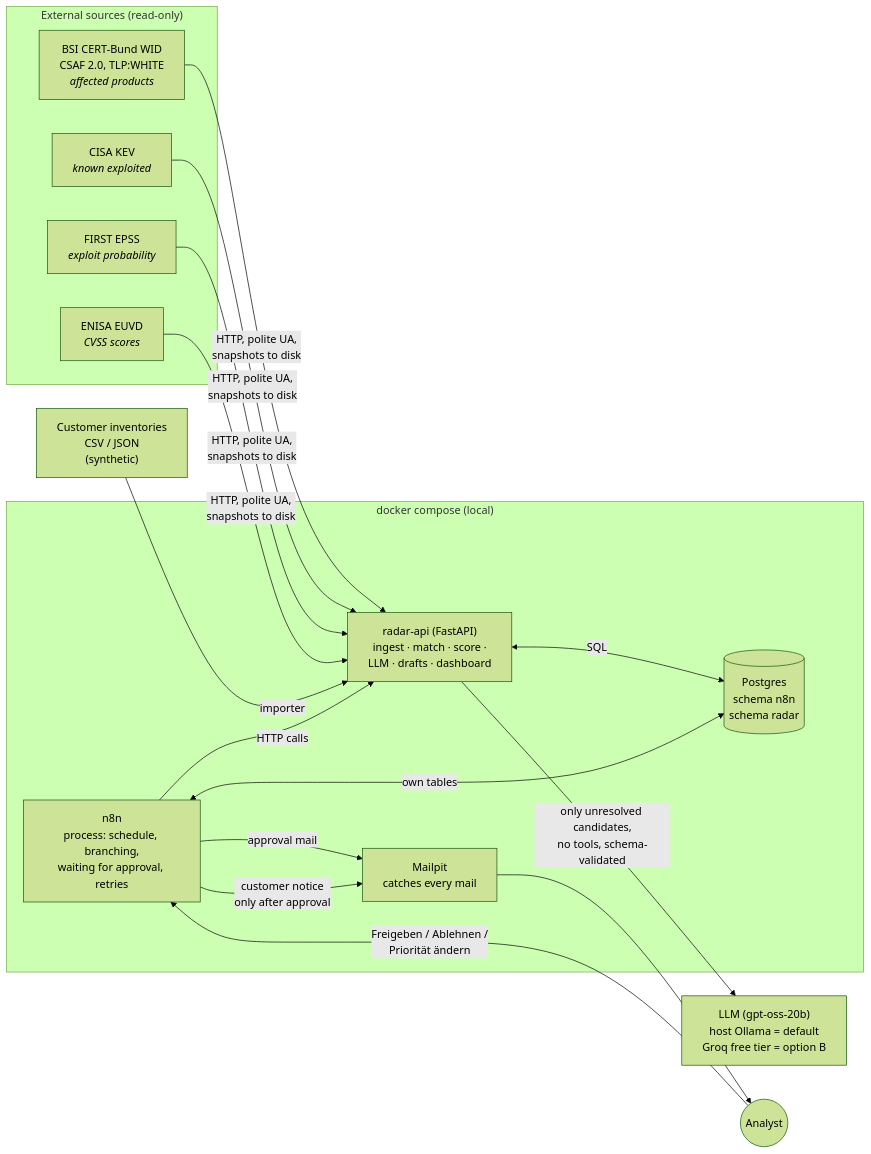
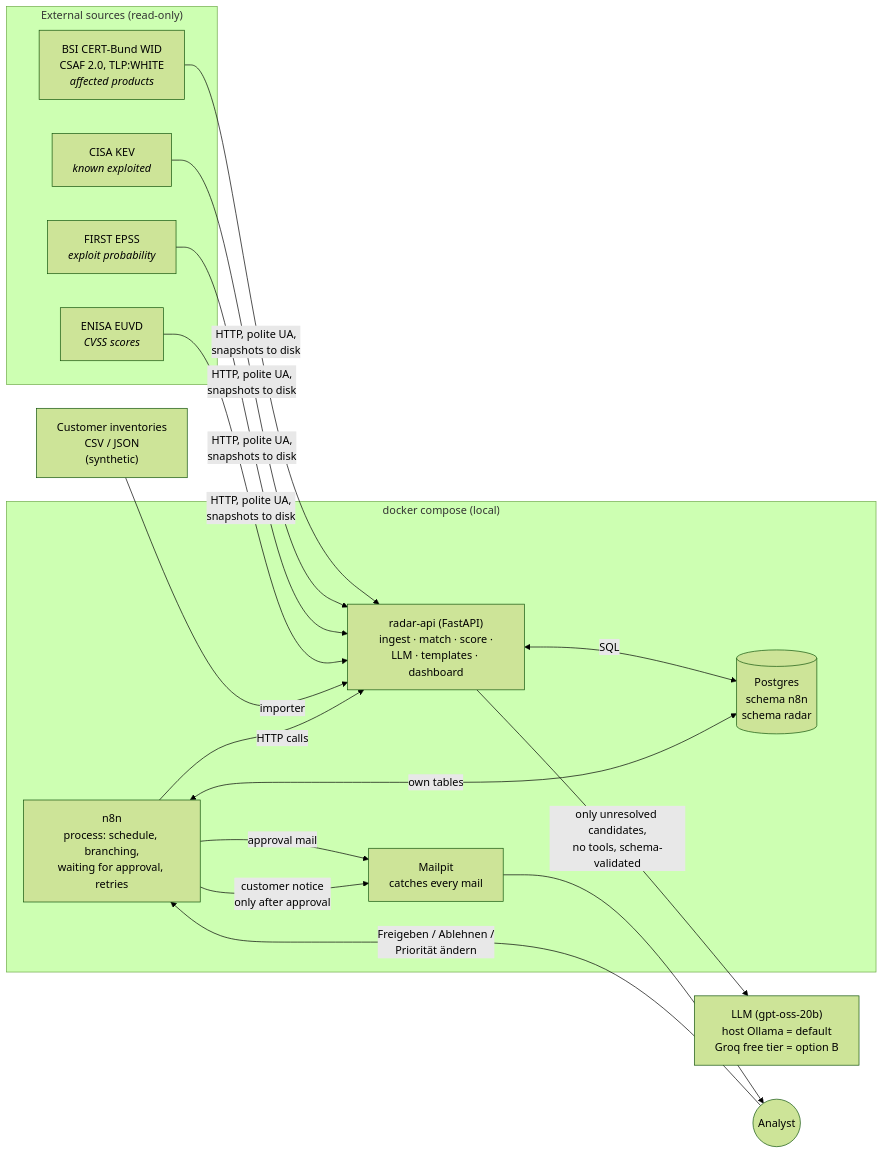
The first of 2 diagrams in docs/ARCHITECTURE.md (vitellaro-matteo/ai-fox), drawn with Mermaid (forest theme) before and after one commit. The commit also changed other lines of this file and 4 other files, not shown here.

````diff
--- a/docs/ARCHITECTURE.md
+++ b/docs/ARCHITECTURE.md
@@ -8,31 +8,31 @@
 ```mermaid
 flowchart LR
     subgraph ext["External sources (read-only)"]
         WID["BSI CERT-Bund WID<br/>CSAF 2.0, TLP:WHITE<br/><i>affected products</i>"]
         KEV["CISA KEV<br/><i>known exploited</i>"]
         EPSS["FIRST EPSS<br/><i>exploit probability</i>"]
         EUVD["ENISA EUVD<br/><i>CVSS scores</i>"]
     end
 
     subgraph stack["docker compose (local)"]
         N8N["n8n<br/>process: schedule, branching,<br/>waiting for approval, retries"]
-        API["radar-api (FastAPI)<br/>ingest · match · score ·<br/>LLM · drafts · dashboard"]
+        API["radar-api (FastAPI)<br/>ingest · match · score ·<br/>LLM · templates · dashboard"]
         PG[("Postgres<br/>schema n8n<br/>schema radar")]
         MAIL["Mailpit<br/>catches every mail"]
     end
 
     LLM["LLM (gpt-oss-20b)<br/>host Ollama = default<br/>Groq free tier = option B"]
     INV["Customer inventories<br/>CSV / JSON<br/>(synthetic)"]
     ANALYST(("Analyst"))
 
     WID & KEV & EPSS & EUVD -->|HTTP, polite UA,<br/>snapshots to disk| API
     INV -->|importer| API
     N8N -->|HTTP calls| API
     API <-->|SQL| PG
     N8N <-->|own tables| PG
     API -->|only unresolved candidates,<br/>no tools, schema-validated| LLM
     N8N -->|approval mail| MAIL
     MAIL --> ANALYST
     ANALYST -->|Freigeben / Ablehnen /<br/>Priorität ändern| N8N
     N8N -->|customer notice<br/>only after approval| MAIL
 ```
````
